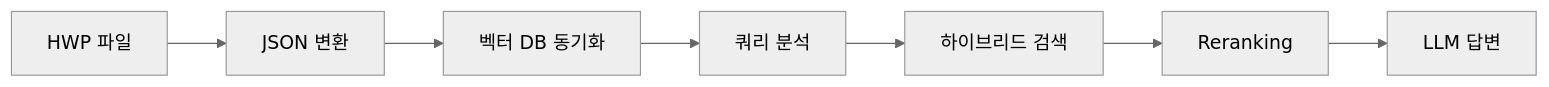
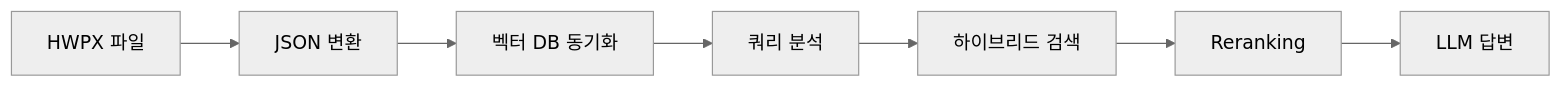
Before and after one commit to seo-jinseok/regulation_manager: the diagram in docs/RAG_IMPROVEMENTS.md, drawn with Mermaid (neutral theme). The commit also changed 711 other files, not shown here.

````diff
--- a/docs/RAG_IMPROVEMENTS.md
+++ b/docs/RAG_IMPROVEMENTS.md
@@ -385,9 +385,9 @@
 ```mermaid
 flowchart LR
-    A[HWP 파일] --> B[JSON 변환]
+    A[HWPX 파일] --> B[JSON 변환]
     B --> C[벡터 DB 동기화]
     C --> D[쿼리 분석]
     D --> E[하이브리드 검색]
     E --> F[Reranking]
     F --> G[LLM 답변]
 ```
````
